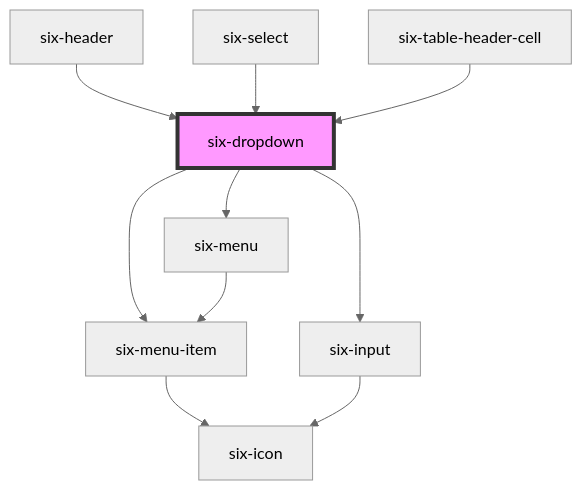
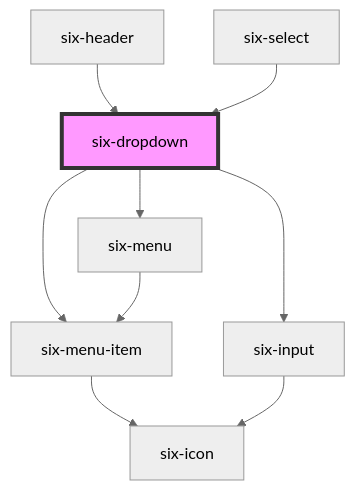
Before and after one commit to six-group/six-webcomponents: the diagram in packages/ui-library/src/components/six-dropdown/readme.md, drawn with Mermaid (neutral theme). The commit also changed other lines of this file and 158 other files, not shown here.

````diff
--- a/packages/ui-library/src/components/six-dropdown/readme.md
+++ b/packages/ui-library/src/components/six-dropdown/readme.md
@@ -109,13 +108,12 @@
 ```mermaid
 graph TD;
   six-dropdown --> six-menu-item
   six-dropdown --> six-input
   six-dropdown --> six-menu
   six-menu-item --> six-icon
   six-input --> six-icon
   six-menu --> six-menu-item
   six-header --> six-dropdown
   six-select --> six-dropdown
-  six-table-header-cell --> six-dropdown
   style six-dropdown fill:#f9f,stroke:#333,stroke-width:4px
 ```
````
